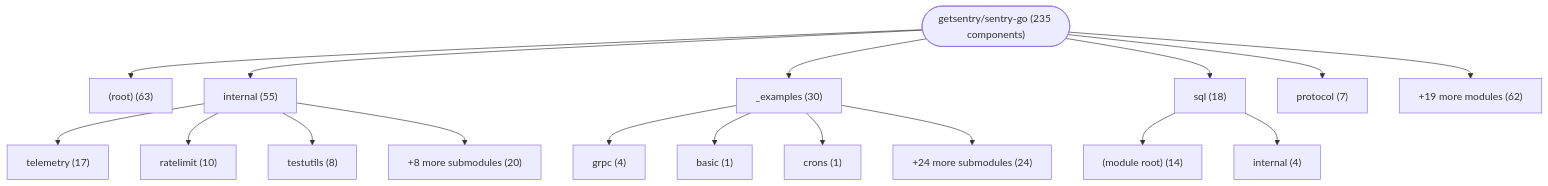
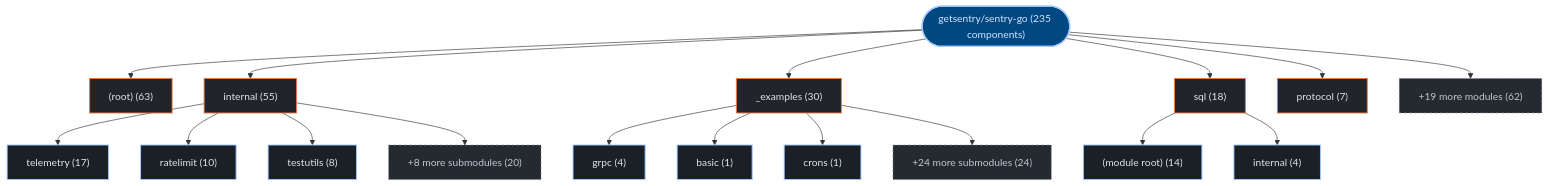
One commit to kumarshaz/atruss-code-atlas changed the first of 3 diagrams in exports/latest/reports/getsentry-sentry-go-report.md. Above: the diagram before and after it, drawn with Mermaid. The commit also changed other lines of this file and 331 other files, not shown here.

Commit message:
docs,ui,fix: update SDLC docs, reorder CI/CD DAG first, stylize Mermaid, and fix Arc42 pipeline topology

````diff
--- a/exports/latest/reports/getsentry-sentry-go-report.md
+++ b/exports/latest/reports/getsentry-sentry-go-report.md
@@ -42,36 +42,43 @@
 ```mermaid
 graph TD;
-    repo_root(["getsentry/sentry-go (235 components)"])
-    dir_0__root_["(root) (63)"]
+  classDef atlasRoot fill:#004882,stroke:#a3c9ff,stroke-width:2px,color:#d3e4ff
+  classDef atlasCategory fill:#212428,stroke:#E87A48,stroke-width:1.5px,color:#dfe3eb
+  classDef atlasWorkflow fill:#1b2026,stroke:#a3c9ff,stroke-width:1.5px,color:#dfe3eb
+  classDef atlasJob fill:#171c22,stroke:#8d9199,stroke-width:1px,color:#dfe3eb
+  classDef atlasTarget fill:#005227,stroke:#8bd99b,stroke-width:1.5px,color:#a7f6b6
+  classDef atlasAlert fill:#93000a,stroke:#ffb4ab,stroke-width:1.5px,color:#ffdad6
+  classDef atlasMore fill:#252a31,stroke:#8d9199,stroke-dasharray:4 4,color:#c3c6cf
+    repo_root(["getsentry/sentry-go (235 components)"]):::atlasRoot
+    dir_0__root_["(root) (63)"]:::atlasCategory
     repo_root --> dir_0__root_
-    dir_1_internal["internal (55)"]
+    dir_1_internal["internal (55)"]:::atlasCategory
     repo_root --> dir_1_internal
-    sub_1_0_telemetry["telemetry (17)"]
+    sub_1_0_telemetry["telemetry (17)"]:::atlasWorkflow
     dir_1_internal --> sub_1_0_telemetry
-    sub_1_1_ratelimit["ratelimit (10)"]
+    sub_1_1_ratelimit["ratelimit (10)"]:::atlasWorkflow
     dir_1_internal --> sub_1_1_ratelimit
-    sub_1_2_testutils["testutils (8)"]
+    sub_1_2_testutils["testutils (8)"]:::atlasWorkflow
     dir_1_internal --> sub_1_2_testutils
-    sub_1_more["+8 more submodules (20)"]
+    sub_1_more["+8 more submodules (20)"]:::atlasMore
     dir_1_internal --> sub_1_more
-    dir_2__examples["_examples (30)"]
+    dir_2__examples["_examples (30)"]:::atlasCategory
     repo_root --> dir_2__examples
-    sub_2_0_grpc["grpc (4)"]
+    sub_2_0_grpc["grpc (4)"]:::atlasWorkflow
     dir_2__examples --> sub_2_0_grpc
-    sub_2_1_basic["basic (1)"]
+    sub_2_1_basic["basic (1)"]:::atlasWorkflow
     dir_2__examples --> sub_2_1_basic
-    sub_2_2_crons["crons (1)"]
+    sub_2_2_crons["crons (1)"]:::atlasWorkflow
     dir_2__examples --> sub_2_2_crons
-    sub_2_more["+24 more submodules (24)"]
+    sub_2_more["+24 more submodules (24)"]:::atlasMore
     dir_2__examples --> sub_2_more
-    dir_3_sql["sql (18)"]
+    dir_3_sql["sql (18)"]:::atlasCategory
     repo_root --> dir_3_sql
-    sub_3_0__module_root_["(module root) (14)"]
+    sub_3_0__module_root_["(module root) (14)"]:::atlasWorkflow
     dir_3_sql --> sub_3_0__module_root_
-    sub_3_1_internal["internal (4)"]
+    sub_3_1_internal["internal (4)"]:::atlasWorkflow
     dir_3_sql --> sub_3_1_internal
-    dir_4_protocol["protocol (7)"]
+    dir_4_protocol["protocol (7)"]:::atlasCategory
     repo_root --> dir_4_protocol
-    dir_other_modules["+19 more modules (62)"]
+    dir_other_modules["+19 more modules (62)"]:::atlasMore
     repo_root --> dir_other_modules
 ```
````
